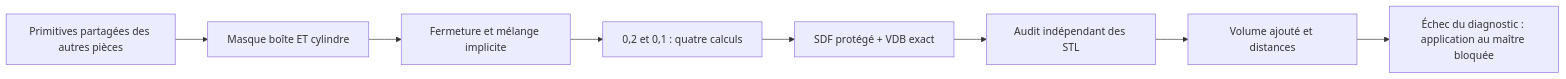
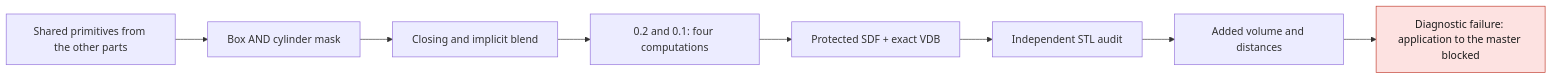
Before and after one commit to cluster2600/porscheparts: the diagram in twins/m64-cylinder-head/source/picogk-protected-junction/README.md, drawn with Mermaid. The commit also changed other lines of this file and 99 other files, not shown here.

````diff
--- a/twins/m64-cylinder-head/source/picogk-protected-junction/README.md
+++ b/twins/m64-cylinder-head/source/picogk-protected-junction/README.md
@@ -48,10 +48,12 @@
 ```mermaid
 flowchart LR
-    A["Primitives partagées des autres pièces"] --> B["Masque boîte ET cylindre"]
-    B --> C["Fermeture et mélange implicite"]
-    C --> D["0,2 et 0,1 : quatre calculs"]
-    D --> E["SDF protégé + VDB exact"]
-    E --> F["Audit indépendant des STL"]
-    F --> G["Volume ajouté et distances"]
-    G --> H["Échec du diagnostic : application au maître bloquée"]
+    A["Shared primitives from the other parts"] --> B["Box AND cylinder mask"]
+    B --> C["Closing and implicit blend"]
+    C --> D["0.2 and 0.1: four computations"]
+    D --> E["Protected SDF + exact VDB"]
+    E --> F["Independent STL audit"]
+    F --> G["Added volume and distances"]
+    G --> H["Diagnostic failure: application to the master blocked"]
+    classDef stop fill:#fde2e1,stroke:#c0392b,color:#1a1a1a;
+    class H stop;
 ```
````
